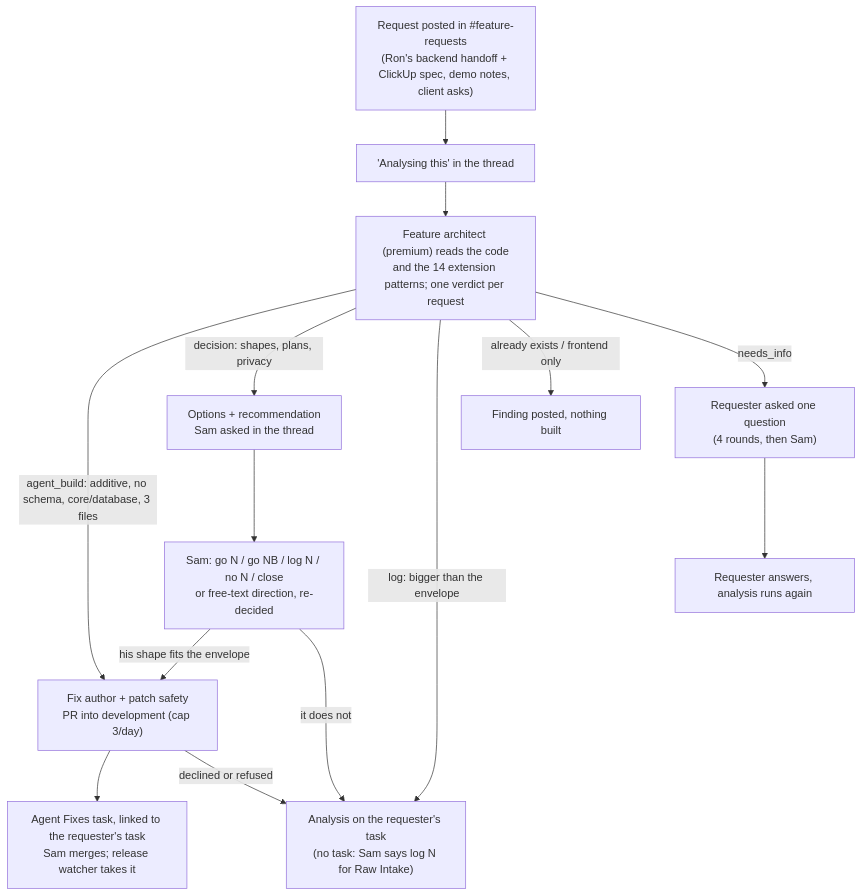
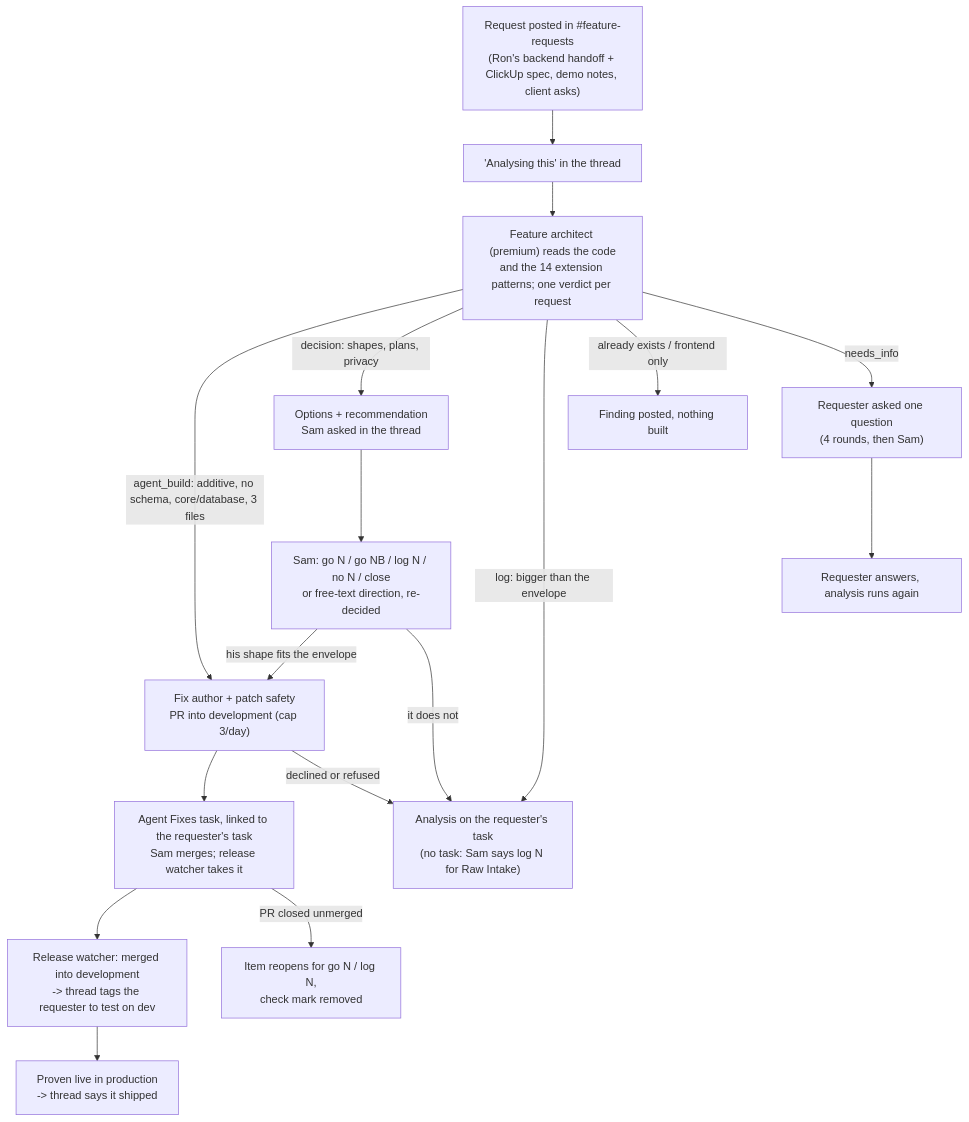
The ninth of 10 diagrams in WORKFLOWS.md (vomeadmin/vome-os), drawn with Mermaid before and after one commit. The commit also changed 10 other files, not shown here.

````diff
--- a/WORKFLOWS.md
+++ b/WORKFLOWS.md
@@ -182,16 +182,19 @@
 ```mermaid
 flowchart TD
   P["Request posted in #feature-requests<br/>(Ron's backend handoff + ClickUp spec, demo notes, client asks)"]:::built --> ACK["'Analysing this' in the thread"]:::built
   ACK --> FA["Feature architect (premium) reads the code<br/>and the 14 extension patterns; one verdict per request"]:::built
   FA -->|agent_build: additive, no schema, core/database, 3 files| FX["Fix author + patch safety<br/>PR into development (cap 3/day)"]:::built
   FX --> AF["Agent Fixes task, linked to the requester's task<br/>Sam merges; release watcher takes it"]:::built
+  AF --> MD["Release watcher: merged into development<br/>-> thread tags the requester to test on dev"]:::built
+  MD --> LV["Proven live in production<br/>-> thread says it shipped"]:::built
+  AF -->|PR closed unmerged| RO["Item reopens for go N / log N,<br/>check mark removed"]:::built
   FX -->|declined or refused| LOG
   FA -->|decision: shapes, plans, privacy| SAM["Options + recommendation<br/>Sam asked in the thread"]:::built
   FA -->|log: bigger than the envelope| LOG["Analysis on the requester's task<br/>(no task: Sam says log N for Raw Intake)"]:::built
   FA -->|already exists / frontend only| FIN["Finding posted, nothing built"]:::built
   FA -->|needs_info| ASK["Requester asked one question<br/>(4 rounds, then Sam)"]:::built
   SAM --> CMD["Sam: go N / go NB / log N / no N / close<br/>or free-text direction, re-decided"]:::built
   CMD -->|his shape fits the envelope| FX
   CMD -->|it does not| LOG
   ASK --> RE["Requester answers, analysis runs again"]:::built
 ```
````
